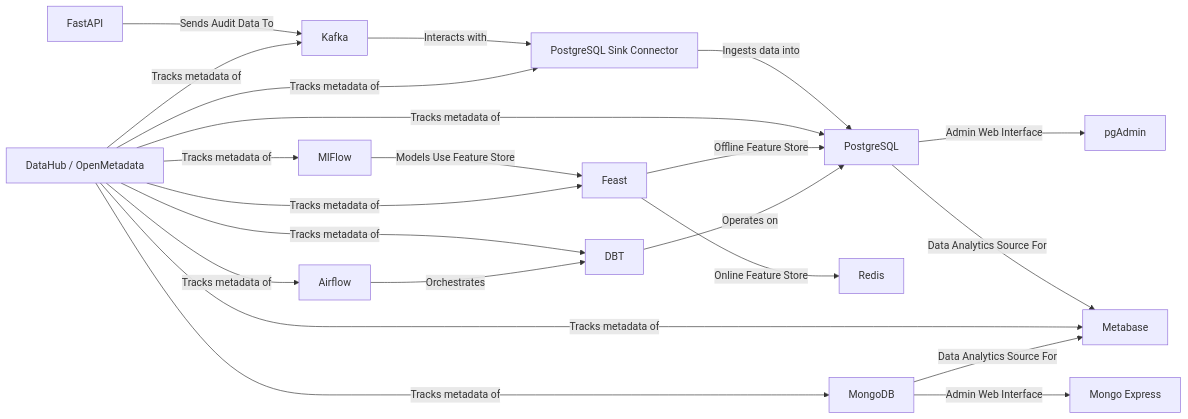
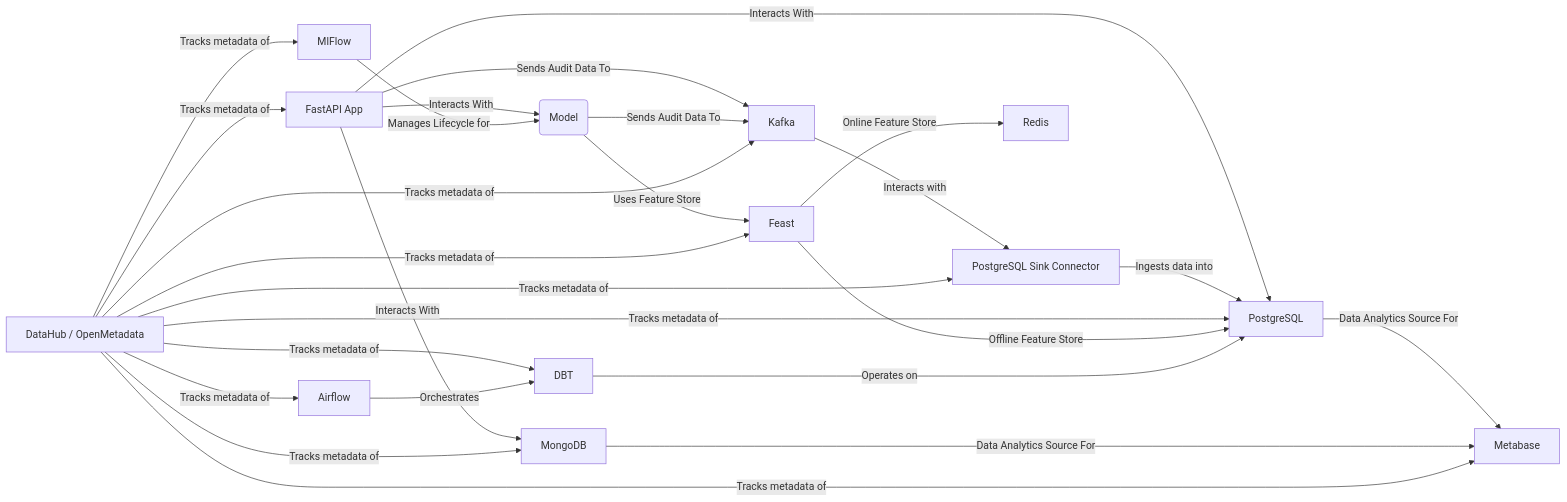
Before and after one commit to Foehammer82/tech-terrarium: the diagram in docs/README.md, drawn with Mermaid.

Commit message:
updating the diagram to show how the terrarium should be connected

````diff
--- a/docs/README.md
+++ b/docs/README.md
@@ -30,24 +30,30 @@
 ```mermaid
 graph LR
-    A[FastAPI] -->|Sends Audit Data To| B[Kafka]
+    
+    A[FastAPI App] -->|Sends Audit Data To| B[Kafka]
     B -->|Interacts with| D[PostgreSQL Sink Connector]
+    A -->|Interacts With| E
     D -->|Ingests data into| E[PostgreSQL]
-    E -->|Admin Web Interface| F[pgAdmin]
     Q -->|Tracks metadata of| E
     G[Feast] -->|Offline Feature Store| E
     G -->|Online Feature Store| V[Redis]
     E -->|Data Analytics Source For| H[Metabase]
-    T[MlFlow] -->|Models Use Feature Store| G
+    U -->|Uses Feature Store| G
+    A -->|Interacts With| U
+    A -->|Interacts With| I
+    I -->|Data Analytics Source For| H
+    T[MlFlow] -->|Manages Lifecycle for| U(Model)
+    U -->|Sends Audit Data To| B
     Q[DataHub / OpenMetadata] -->|Tracks metadata of| I[MongoDB]
     Q -->|Tracks metadata of| H
     Q -->|Tracks metadata of| O[Airflow]
     Q -->|Tracks metadata of| T
     Q -->|Tracks metadata of| D
     Q -->|Tracks metadata of| B
     Q -->|Tracks metadata of| P[DBT]
     Q -->|Tracks metadata of| G
+    Q -->|Tracks metadata of| A
     O -->|Orchestrates| P
     P -->|Operates on| E
-    I -->|Admin Web Interface| J[Mongo Express]
-    I -->|Data Analytics Source For| H
+    
 ```
````
